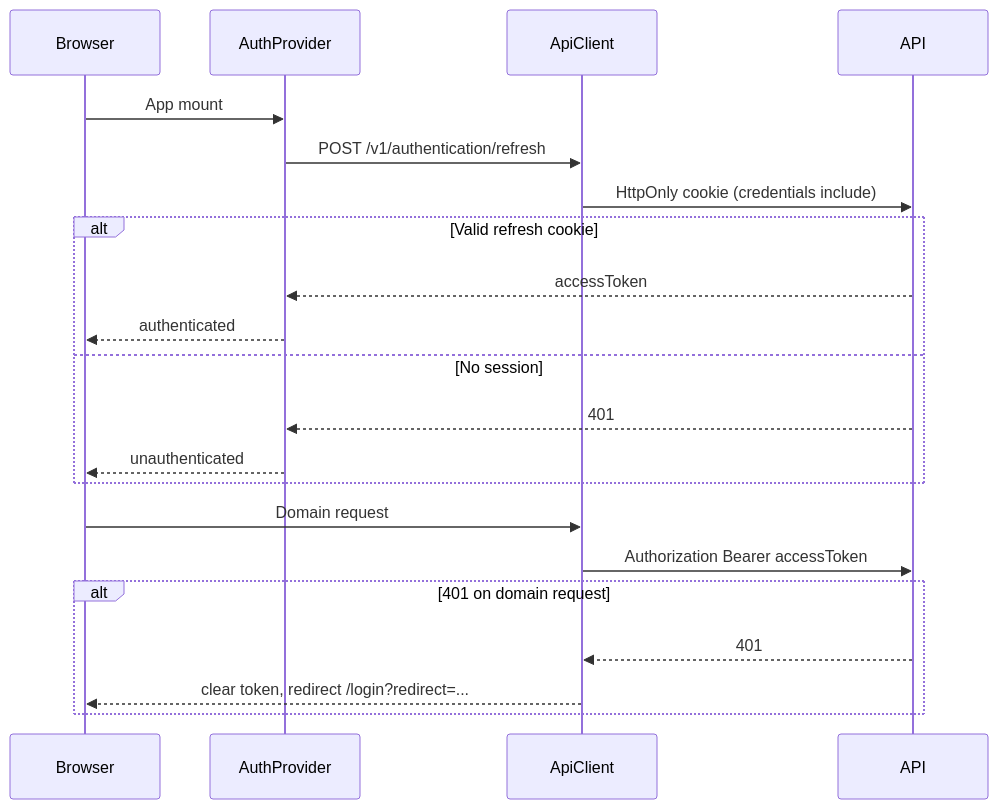
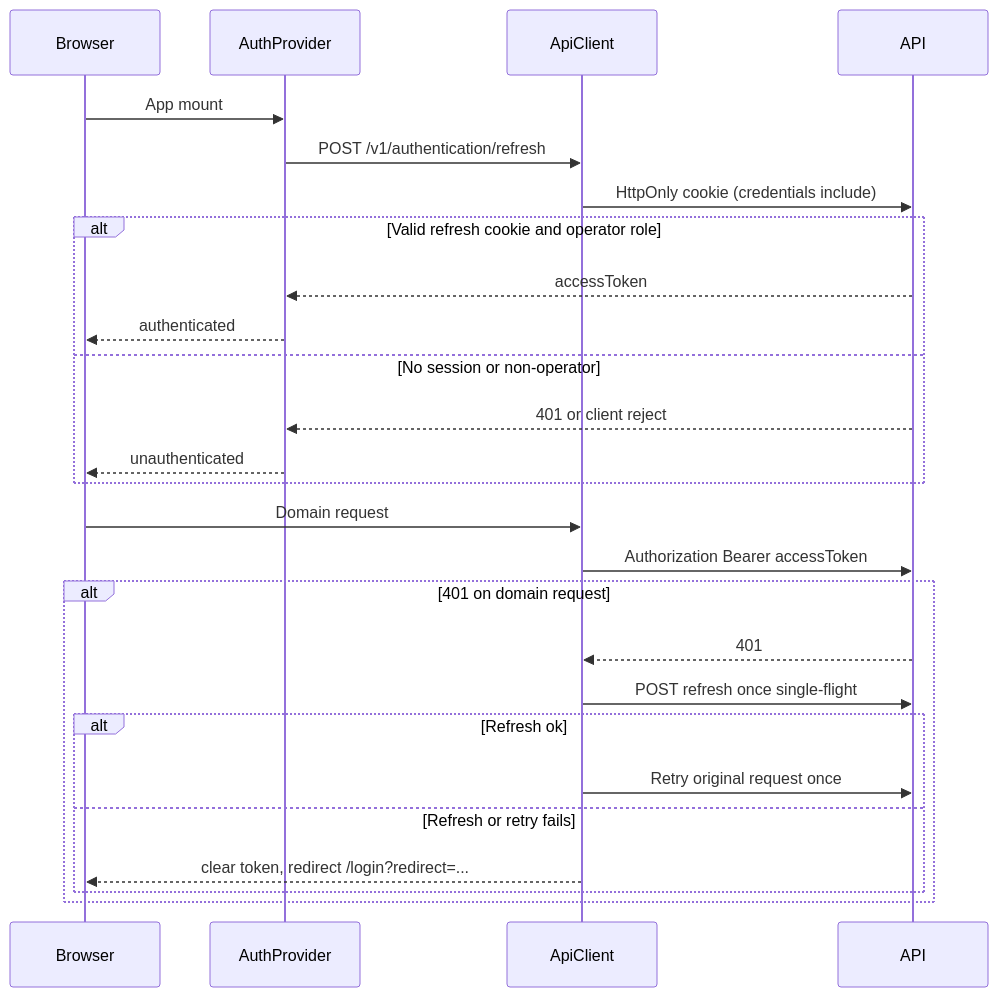
The second of 2 diagrams in docs/architecture/ARCHITECTURE.md (raouf-b-dev/ecommerce-admin-dashboard), drawn with Mermaid before and after one commit. The commit also changed other lines of this file and 1 other file, not shown here.

Commit message:
Update architecture documentation to reflect routing and session management changes
- Revised routing structure to include `RequirePasswordChanged` and `OperatorRoute`, clarifying access requirements for authenticated users.
- Enhanced session flow details to specify behavior for operator roles and non-operator accounts during authentication and token refresh processes.
- Added references to new ADRs related to silent refresh and operator access in the README.

````diff
--- a/docs/architecture/ARCHITECTURE.md
+++ b/docs/architecture/ARCHITECTURE.md
@@ -55,25 +56,30 @@
 ```mermaid
 sequenceDiagram
     participant Browser
     participant AuthProvider
     participant ApiClient
     participant API
 
     Browser->>AuthProvider: App mount
     AuthProvider->>ApiClient: POST /v1/authentication/refresh
     ApiClient->>API: HttpOnly cookie (credentials include)
-    alt Valid refresh cookie
+    alt Valid refresh cookie and operator role
         API-->>AuthProvider: accessToken
         AuthProvider-->>Browser: authenticated
-    else No session
-        API-->>AuthProvider: 401
+    else No session or non-operator
+        API-->>AuthProvider: 401 or client reject
         AuthProvider-->>Browser: unauthenticated
     end
 
     Browser->>ApiClient: Domain request
     ApiClient->>API: Authorization Bearer accessToken
     alt 401 on domain request
         API-->>ApiClient: 401
-        ApiClient-->>Browser: clear token, redirect /login?redirect=...
+        ApiClient->>API: POST refresh once single-flight
+        alt Refresh ok
+            ApiClient->>API: Retry original request once
+        else Refresh or retry fails
+            ApiClient-->>Browser: clear token, redirect /login?redirect=...
+        end
     end
 ```
````
